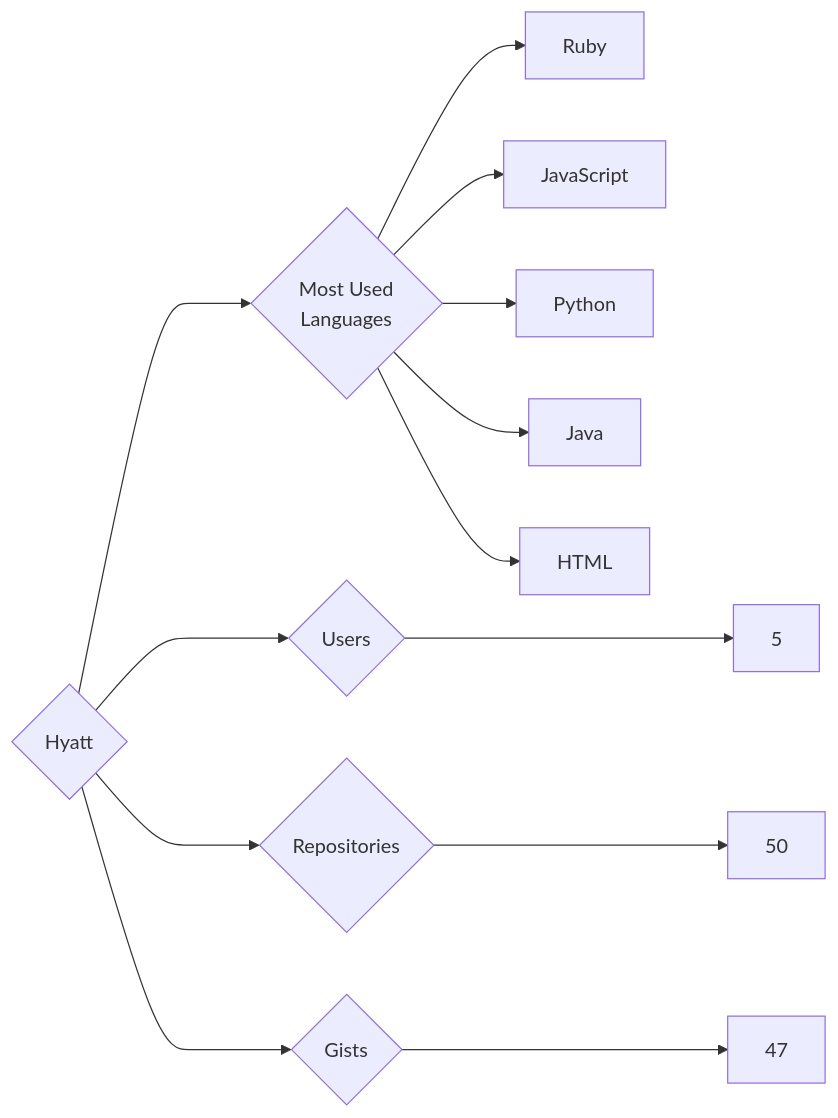
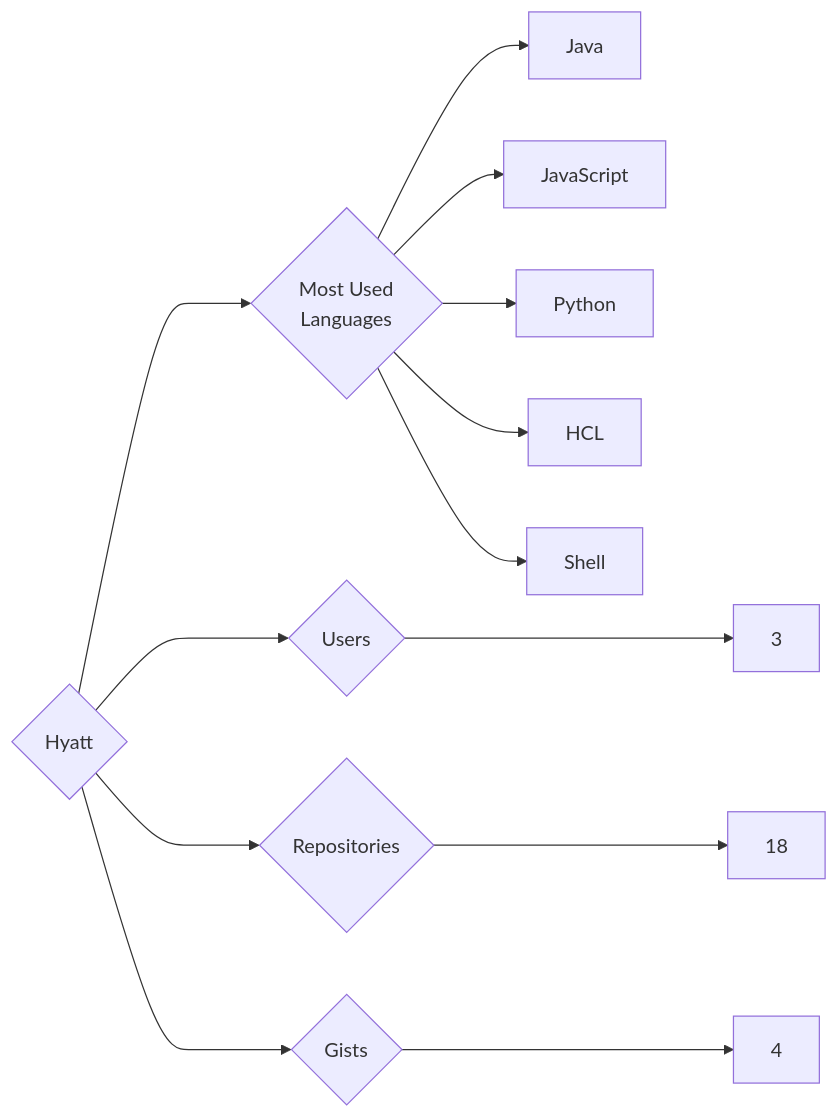
Before and after one commit to trickest/insiders: the diagram in targets/Hyatt/README.md, drawn with Mermaid. The commit also changed 860 other files, not shown here.

````diff
--- a/targets/Hyatt/README.md
+++ b/targets/Hyatt/README.md
@@ -3,13 +3,13 @@
 ```mermaid
 graph LR
 COMPANY_NAME{Hyatt}
-COMPANY_NAME ---> U{Users} ---> UN[5]
-COMPANY_NAME ---> R{Repositories} ---> RN[50]
-COMPANY_NAME ---> G{Gists} ---> GN[47]
+COMPANY_NAME ---> U{Users} ---> UN[3]
+COMPANY_NAME ---> R{Repositories} ---> RN[18]
+COMPANY_NAME ---> G{Gists} ---> GN[4]
 COMPANY_NAME ---> ML{Most Used<br>Languages}
-ML --> Ruby[Ruby]
+ML --> Java[Java]
 ML --> JavaScript[JavaScript]
 ML --> Python[Python]
-ML --> Java[Java]
-ML --> HTML[HTML]
+ML --> HCL[HCL]
+ML --> Shell[Shell]
 ```
````
